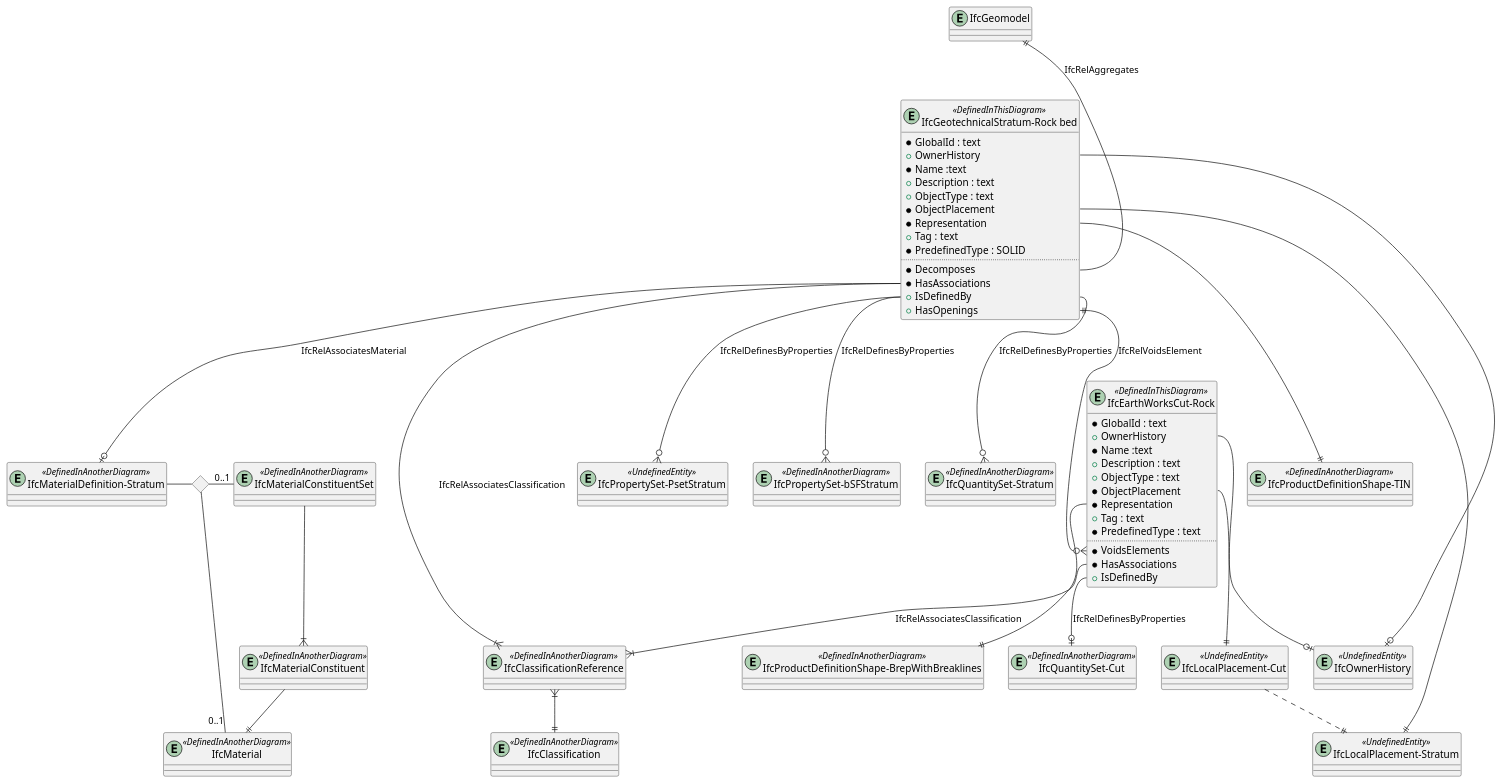
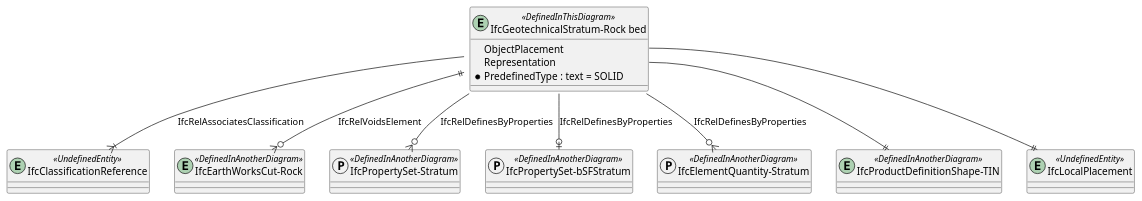
One commit to buildingSMART-Finland/RYTV-IFCRoute changed the diagram in diagrams/bsf-IfcGeotechnicalStratum-Rockbed.pu. Above: the diagram before and after it, drawn with PlantUML. The commit also changed 25 other files, not shown here.

```diff
--- a/diagrams/bsf-IfcGeotechnicalStratum-Rockbed.pu
+++ b/diagrams/bsf-IfcGeotechnicalStratum-Rockbed.pu
@@ -1,99 +1,31 @@
 @startuml 
-
-entity IfcGeomodel
 
 entity "IfcGeotechnicalStratum-Rock bed" <<DefinedInThisDiagram>>
 {
-  *GlobalId : text
-  +OwnerHistory
-  *Name :text
-  +Description : text
-  +ObjectType : text
-  *ObjectPlacement
-  *Representation
-  +Tag : text
-  *PredefinedType : SOLID
-  ..
-  *Decomposes
-  *HasAssociations
-  +IsDefinedBy
-  +HasOpenings
+  ObjectPlacement
+  Representation
+  *PredefinedType : text = SOLID
 }
 
-entity "IfcEarthWorksCut-Rock" <<DefinedInThisDiagram>>
-{
-  *GlobalId : text
-  +OwnerHistory
-  *Name :text
-  +Description : text
-  +ObjectType : text
-  *ObjectPlacement
-  *Representation
-  +Tag : text
-  *PredefinedType : text
-  ..
-  *VoidsElements
-  *HasAssociations
-  +IsDefinedBy
-}
-
-IfcGeomodel ||--"IfcGeotechnicalStratum-Rock bed::Decomposes" : IfcRelAggregates
-
-entity IfcClassification <<DefinedInAnotherDiagram>>
-entity IfcClassificationReference <<DefinedInAnotherDiagram>>
-entity "IfcMaterialDefinition-Stratum" <<DefinedInAnotherDiagram>>
-entity IfcMaterialConstituentSet <<DefinedInAnotherDiagram>>
-entity IfcMaterialConstituent <<DefinedInAnotherDiagram>>
-entity IfcMaterial <<DefinedInAnotherDiagram>>
-
-entity "IfcPropertySet-PsetStratum" <<UndefinedEntity>>
-
-entity "IfcPropertySet-bSFStratum" <<DefinedInAnotherDiagram>>
-
-entity "IfcQuantitySet-Stratum" <<DefinedInAnotherDiagram>>
-
-entity "IfcProductDefinitionShape-BrepWithBreaklines" <<DefinedInAnotherDiagram>>
-"IfcEarthWorksCut-Rock::Representation" --|| "IfcProductDefinitionShape-BrepWithBreaklines"
-
-entity "IfcQuantitySet-Cut" <<DefinedInAnotherDiagram>>
-
-entity IfcOwnerHistory <<UndefinedEntity>> 
-"IfcGeotechnicalStratum-Rock bed::OwnerHistory" --o| IfcOwnerHistory
-"IfcEarthWorksCut-Rock::OwnerHistory" --o| IfcOwnerHistory
-
-entity "IfcLocalPlacement-Stratum" <<UndefinedEntity>>
-"IfcGeotechnicalStratum-Rock bed::ObjectPlacement" --|| "IfcLocalPlacement-Stratum"
+entity IfcLocalPlacement <<UndefinedEntity>>
+"IfcGeotechnicalStratum-Rock bed::ObjectPlacement" --|| IfcLocalPlacement
 
 entity "IfcProductDefinitionShape-TIN" <<DefinedInAnotherDiagram>>
 "IfcGeotechnicalStratum-Rock bed::Representation" --|| "IfcProductDefinitionShape-TIN"
 
+entity IfcClassificationReference <<UndefinedEntity>>
+"IfcGeotechnicalStratum-Rock bed" --|{ IfcClassificationReference : IfcRelAssociatesClassification
 
-entity "IfcLocalPlacement-Cut" <<UndefinedEntity>>
+entity "IfcEarthWorksCut-Rock" <<DefinedInAnotherDiagram>>
+"IfcGeotechnicalStratum-Rock bed" ||--o{ "IfcEarthWorksCut-Rock": IfcRelVoidsElement
 
-"IfcEarthWorksCut-Rock::ObjectPlacement" --|| "IfcLocalPlacement-Cut"
-"IfcLocalPlacement-Cut"..||"IfcLocalPlacement-Stratum"
+protocol "IfcPropertySet-Stratum" <<DefinedInAnotherDiagram>>
+protocol "IfcPropertySet-bSFStratum" <<DefinedInAnotherDiagram>>
+protocol "IfcElementQuantity-Stratum" <<DefinedInAnotherDiagram>>
 
-"IfcGeotechnicalStratum-Rock bed::HasOpenings" ||--o{ "IfcEarthWorksCut-Rock::VoidsElements": IfcRelVoidsElement
+"IfcGeotechnicalStratum-Rock bed" --o| "IfcPropertySet-bSFStratum" : IfcRelDefinesByProperties
+"IfcGeotechnicalStratum-Rock bed" --o{ "IfcPropertySet-Stratum" : IfcRelDefinesByProperties
+"IfcGeotechnicalStratum-Rock bed" --o{ "IfcElementQuantity-Stratum" : IfcRelDefinesByProperties
 
 
-"IfcGeotechnicalStratum-Rock bed::IsDefinedBy" --o{ "IfcPropertySet-bSFStratum" : IfcRelDefinesByProperties
-"IfcGeotechnicalStratum-Rock bed::IsDefinedBy" --o{ "IfcPropertySet-PsetStratum" : IfcRelDefinesByProperties
-"IfcGeotechnicalStratum-Rock bed::IsDefinedBy" --o{ "IfcQuantitySet-Stratum" : IfcRelDefinesByProperties
-
-"IfcEarthWorksCut-Rock::IsDefinedBy" --o| "IfcQuantitySet-Cut" : IfcRelDefinesByProperties
-
-
-IfcClassificationReference}|--||IfcClassification 
-"IfcEarthWorksCut-Rock::HasAssociations" --|{ IfcClassificationReference : IfcRelAssociatesClassification
-"IfcGeotechnicalStratum-Rock bed::HasAssociations" --|{ IfcClassificationReference : IfcRelAssociatesClassification
-"IfcGeotechnicalStratum-Rock bed::HasAssociations" --o| "IfcMaterialDefinition-Stratum" : IfcRelAssociatesMaterial
-
-<> diamond
-
-"IfcMaterialDefinition-Stratum" - diamond
-diamond - "0..1" IfcMaterialConstituentSet
-diamond - "0..1" IfcMaterial
-IfcMaterialConstituentSet--|{IfcMaterialConstituent
-IfcMaterialConstituent--||IfcMaterial
-
 @enduml
```
